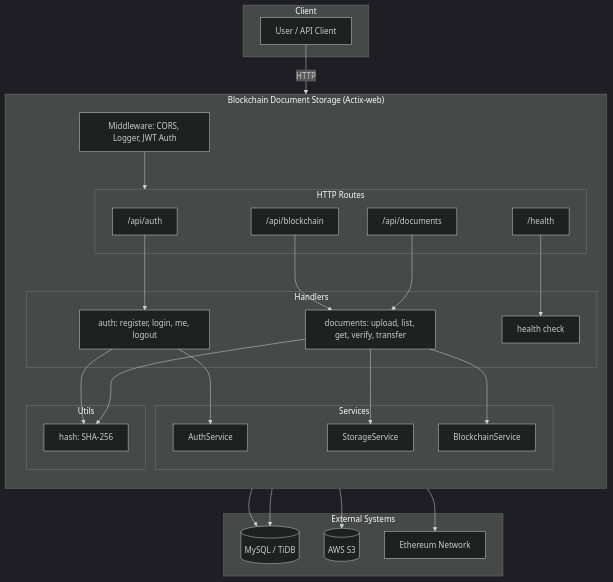
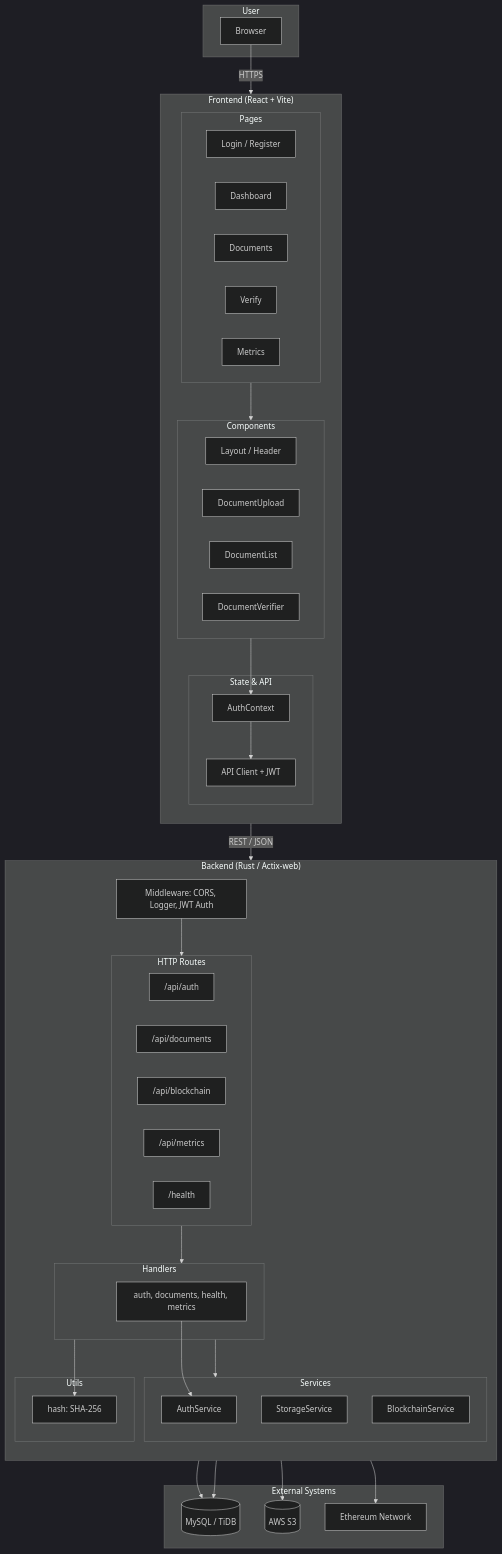
One commit to AbsurdCoder/blockchain-doc-storage-rust changed the diagram in README.md. Above: the diagram before and after it, drawn with Mermaid (dark theme). The commit also changed other lines of this file and 2 other files, not shown here.

````diff
--- a/README.md
+++ b/README.md
@@ -20,52 +20,71 @@
 ```mermaid
 flowchart TB
-    subgraph Client["Client"]
-        User[User / API Client]
+    subgraph User["User"]
+        Browser[Browser]
     end
 
-    subgraph API["Blockchain Document Storage (Actix-web)"]
+    subgraph Frontend["Frontend (React + Vite)"]
+        direction TB
+        subgraph Pages["Pages"]
+            LoginP[Login / Register]
+            DashP[Dashboard]
+            DocsP[Documents]
+            VerifyP[Verify]
+            MetricsP[Metrics]
+        end
+        subgraph Components["Components"]
+            Layout[Layout / Header]
+            DocUpload[DocumentUpload]
+            DocList[DocumentList]
+            DocVerifier[DocumentVerifier]
+        end
+        subgraph State["State & API"]
+            AuthCtx[AuthContext]
+            APIClient[API Client + JWT]
+        end
+        Pages --> Components
+        Components --> AuthCtx
+        AuthCtx --> APIClient
+    end
+
+    subgraph Backend["Backend (Rust / Actix-web)"]
         direction TB
         MW[Middleware: CORS, Logger, JWT Auth]
         subgraph Routes["HTTP Routes"]
-            Auth["/api/auth"]
-            Docs["/api/documents"]
-            BC["/api/blockchain"]
-            Health["/health"]
+            AuthR["/api/auth"]
+            DocsR["/api/documents"]
+            BCR["/api/blockchain"]
+            MetricsR["/api/metrics"]
+            HealthR["/health"]
         end
         subgraph Handlers["Handlers"]
-            AuthH[auth: register, login, me, logout]
-            DocsH[documents: upload, list, get, verify, transfer]
-            HealthH[health check]
+            AuthH[auth, documents, health, metrics]
         end
         subgraph Services["Services"]
             AuthS[AuthService]
             StorageS[StorageService]
             BCS[BlockchainService]
         end
         subgraph Utils["Utils"]
             Hash[hash: SHA-256]
         end
     end
 
     subgraph External["External Systems"]
         MySQL[(MySQL / TiDB)]
         S3[(AWS S3)]
         ETH[Ethereum Network]
     end
 
-    User -->|HTTP| MW
+    Browser -->|HTTPS| Frontend
+    Frontend -->|REST / JSON| MW
     MW --> Routes
-    Auth --> AuthH
-    Docs --> DocsH
-    Health --> HealthH
-    BC --> DocsH
+    Routes --> Handlers
+    Handlers --> Services
+    Handlers --> Hash
     AuthH --> AuthS
-    DocsH --> StorageS
-    DocsH --> BCS
-    DocsH --> Hash
-    AuthH --> Hash
     StorageS --> S3
     AuthS --> MySQL
     BCS --> ETH
-    DocsH --> MySQL
+    Handlers --> MySQL
 ```
````
